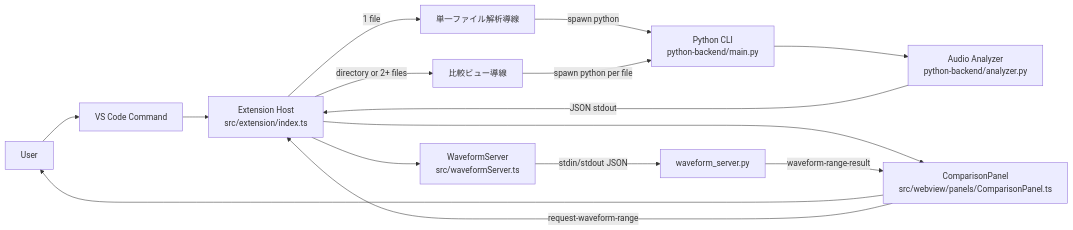
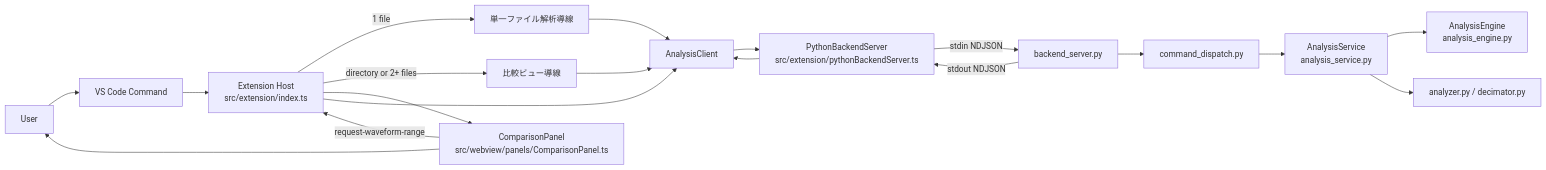
The first of 4 diagrams in docs/architecture.md (kasahart/audio-wandas-analyzer), drawn with Mermaid before and after one commit. The commit also changed other lines of this file and 17 other files, not shown here.

Commit message:
Remove obsolete analyzer entry points and refresh architecture docs (#230)

````diff
--- a/docs/architecture.md
+++ b/docs/architecture.md
@@ -83,20 +83,23 @@
 ```mermaid
 flowchart LR
   User[User] --> Command[VS Code Command]
   Command --> Extension[Extension Host\nsrc/extension/index.ts]
 
   Extension -->|1 file| Single[単一ファイル解析導線]
   Extension -->|directory or 2+ files| Compare[比較ビュー導線]
 
-  Single -->|spawn python| BackendCLI[Python CLI\npython-backend/main.py]
-  Compare -->|spawn python per file| BackendCLI
-  BackendCLI --> Analyzer[Audio Analyzer\npython-backend/analyzer.py]
-  Analyzer -->|JSON stdout| Extension
+  Single --> Client[AnalysisClient]
+  Compare --> Client
+  Client --> Server[PythonBackendServer\nsrc/extension/pythonBackendServer.ts]
+  Server -->|stdin NDJSON| Backend[backend_server.py]
+  Backend --> Dispatch[command_dispatch.py]
+  Dispatch --> Service[AnalysisService\nanalysis_service.py]
+  Service --> Engine[AnalysisEngine\nanalysis_engine.py]
+  Service --> Analyzer[analyzer.py / decimator.py]
+  Backend -->|stdout NDJSON| Server
+  Server --> Client
   Extension --> Panel[ComparisonPanel\nsrc/webview/panels/ComparisonPanel.ts]
   Panel --> User
-
   Panel -->|request-waveform-range| Extension
-  Extension --> WS[WaveformServer\nsrc/waveformServer.ts]
-  WS -->|stdin/stdout JSON| WSPy[waveform_server.py]
-  WSPy -->|waveform-range-result| Panel
+  Extension --> Client
 ```
````
